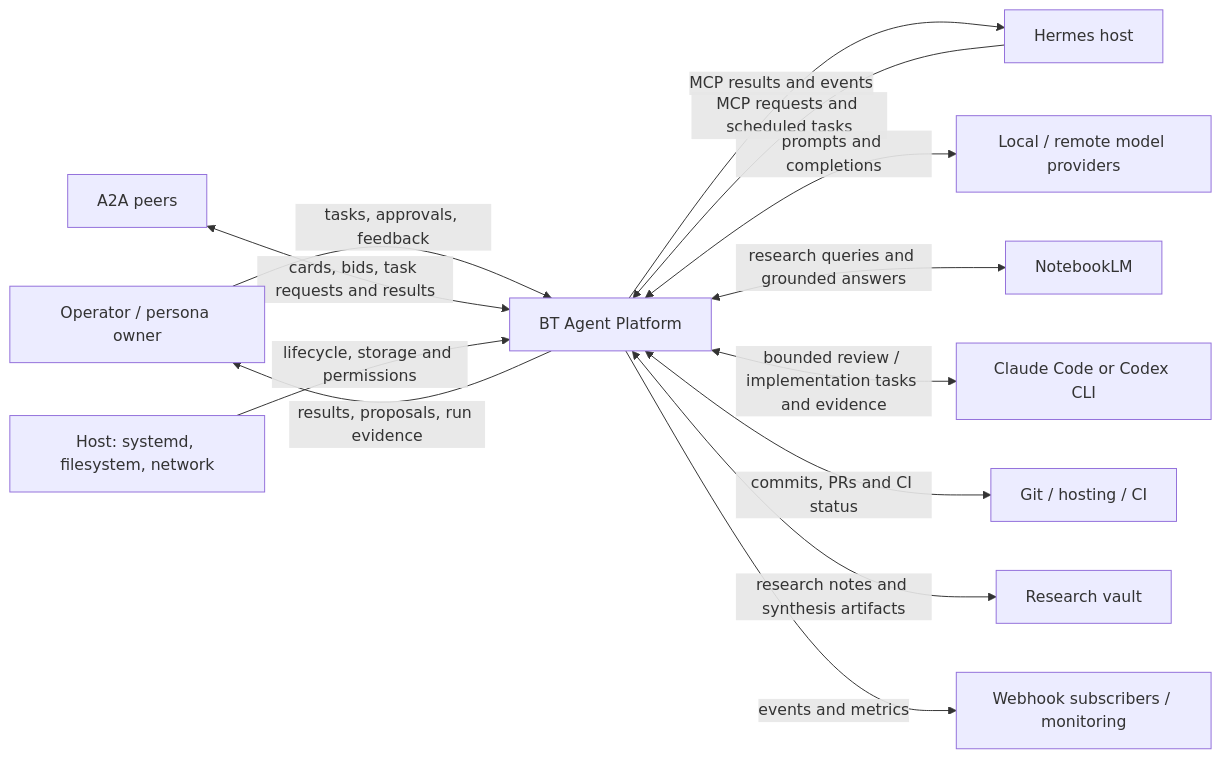
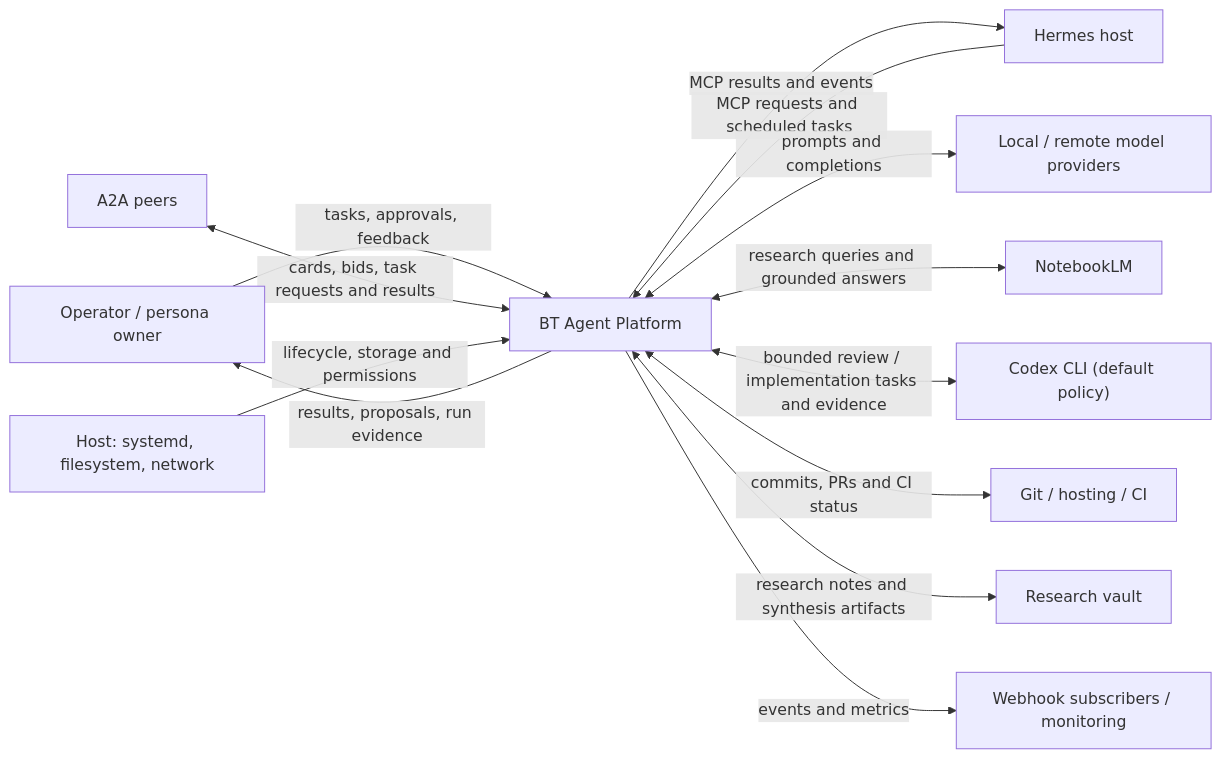
Before and after one commit to greenTeeProduction/bt-agent-platform: the diagram in docs/arc42/03-context-scope.md, drawn with Mermaid. The commit also changed other lines of this file and 39 other files, not shown here.

````diff
--- a/docs/arc42/03-context-scope.md
+++ b/docs/arc42/03-context-scope.md
@@ -9,15 +9,15 @@
 ```mermaid
 flowchart LR
     Human["Operator / persona owner"] -->|"tasks, approvals, feedback"| BT["BT Agent Platform"]
     BT -->|"results, proposals, run evidence"| Human
     Hermes["Hermes host"] -->|"MCP requests and scheduled tasks"| BT
     BT -->|"MCP results and events"| Hermes
     Peer["A2A peers"] <-->|"cards, bids, task requests and results"| BT
     BT <-->|"prompts and completions"| Models["Local / remote model providers"]
     BT <-->|"research queries and grounded answers"| NLM["NotebookLM"]
-    BT <-->|"bounded review / implementation tasks and evidence"| Coding["Claude Code or Codex CLI"]
+    BT <-->|"bounded review / implementation tasks and evidence"| Coding["Codex CLI (default policy)"]
     BT <-->|"commits, PRs and CI status"| Git["Git / hosting / CI"]
     BT <-->|"research notes and synthesis artifacts"| Vault["Research vault"]
     Host["Host: systemd, filesystem, network"] -->|"lifecycle, storage and permissions"| BT
     BT -->|"events and metrics"| Observe["Webhook subscribers / monitoring"]
 ```
````
